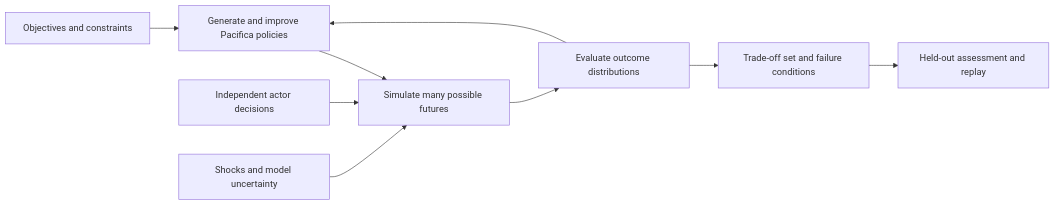
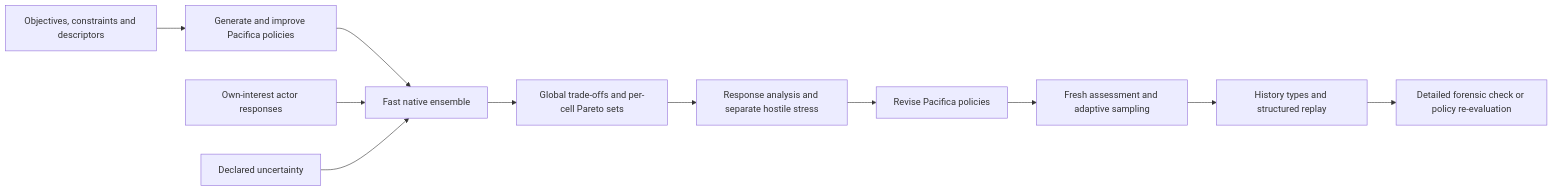
Before and after one commit to c-voelkle/pacifica: the diagram in docs/timeline-lab/product-vision.md, drawn with Mermaid. The commit also changed other lines of this file and 3 other files, not shown here.

Commit message:
docs: incorporate Timeline Lab review and synchronize revision 0.5 backlog

````diff
--- a/docs/timeline-lab/product-vision.md
+++ b/docs/timeline-lab/product-vision.md
@@ -95,11 +148,13 @@
 ```mermaid
 flowchart LR
-    Goal["Objectives and constraints"] --> Search["Generate and improve Pacifica policies"]
-    Search --> Sim["Simulate many possible futures"]
-    Actors["Independent actor decisions"] --> Sim
-    Uncertainty["Shocks and model uncertainty"] --> Sim
-    Sim --> Evaluate["Evaluate outcome distributions"]
-    Evaluate --> Search
-    Evaluate --> Frontier["Trade-off set and failure conditions"]
-    Frontier --> Test["Held-out assessment and replay"]
+    Goal["Objectives, constraints and descriptors"] --> Search["Generate and improve Pacifica policies"]
+    Search --> Sim["Fast native ensemble"]
+    Actors["Own-interest actor responses"] --> Sim
+    Worlds["Declared uncertainty"] --> Sim
+    Sim --> Frontier["Global trade-offs and per-cell Pareto sets"]
+    Frontier --> Response["Response analysis and separate hostile stress"]
+    Response --> Revise["Revise Pacifica policies"]
+    Revise --> Assess["Fresh assessment and adaptive sampling"]
+    Assess --> Stories["History types and structured replay"]
+    Stories --> Ledger["Detailed forensic check or policy re-evaluation"]
 ```
````
